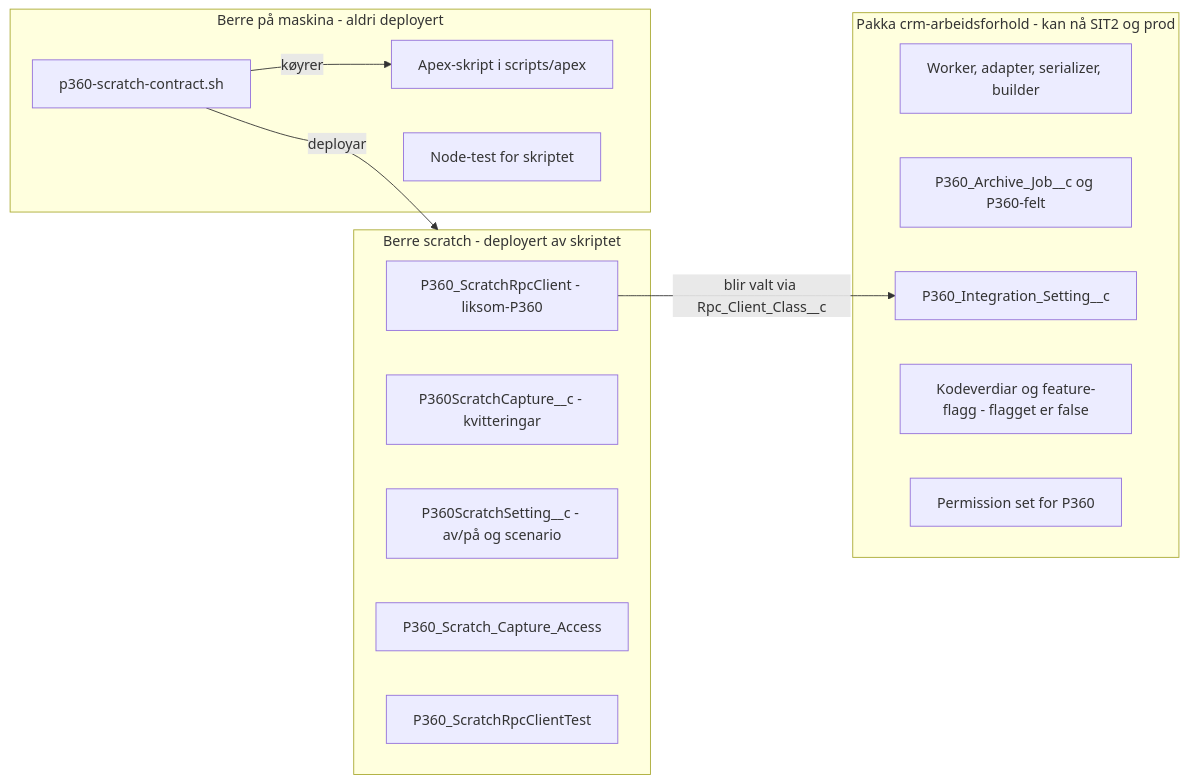
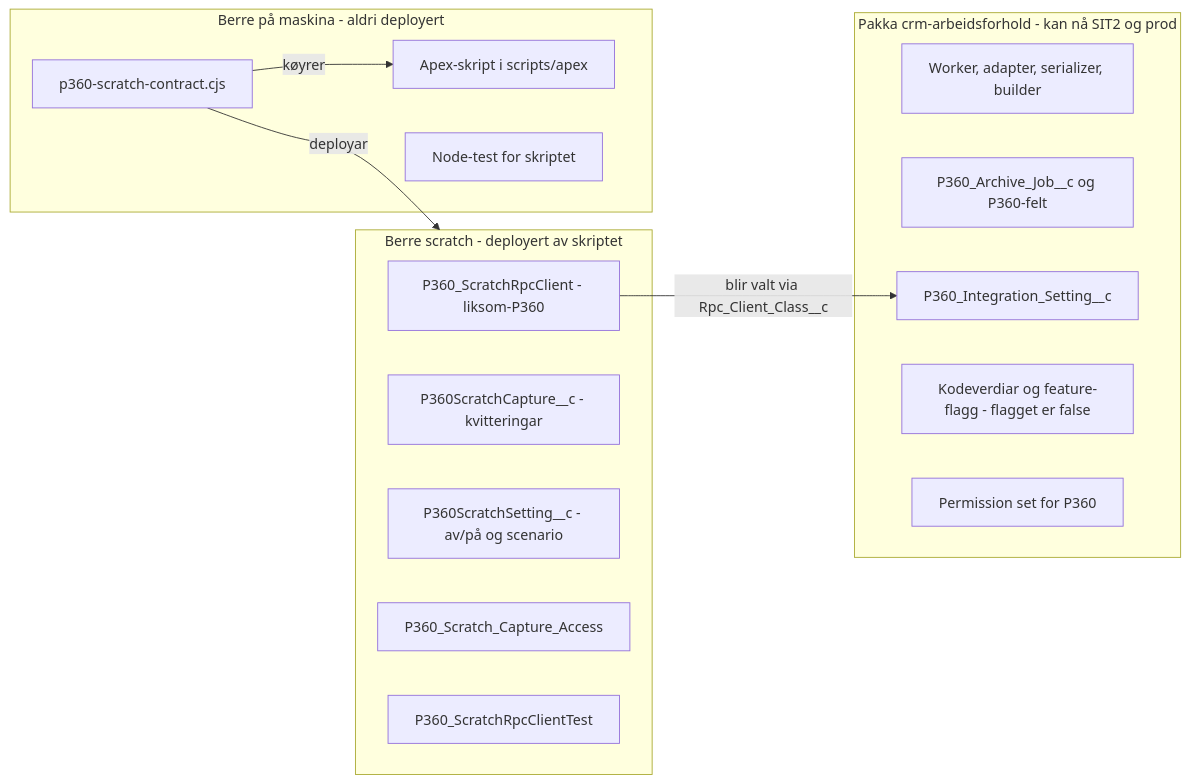
The second of 3 diagrams in docs/integrations/p360/scratch-brukarguide.md (navikt/crm-arbeidsforhold), drawn with Mermaid before and after one commit. The commit also changed other lines of this file and 7 other files, not shown here.

First line of the commit message:
Refactor P360 scratch contract testing and deployment scripts

````diff
--- a/docs/integrations/p360/scratch-brukarguide.md
+++ b/docs/integrations/p360/scratch-brukarguide.md
@@ -130,25 +149,25 @@
 ```mermaid
 flowchart LR
     subgraph Pakke["Pakka crm-arbeidsforhold - kan nå SIT2 og prod"]
         P1["Worker, adapter, serializer, builder"]
         P2["P360_Archive_Job__c og P360-felt"]
         P3["P360_Integration_Setting__c"]
         P4["Kodeverdiar og feature-flagg - flagget er false"]
         P5["Permission set for P360"]
     end
     subgraph Scratch["Berre scratch - deployert av skriptet"]
         S1["P360_ScratchRpcClient - liksom-P360"]
         S2["P360ScratchCapture__c - kvitteringar"]
         S3["P360ScratchSetting__c - av/på og scenario"]
         S4["P360_Scratch_Capture_Access"]
         S5["P360_ScratchRpcClientTest"]
     end
     subgraph Lokalt["Berre på maskina - aldri deployert"]
-        L1["p360-scratch-contract.sh"]
+        L1["p360-scratch-contract.cjs"]
         L2["Apex-skript i scripts/apex"]
         L3["Node-test for skriptet"]
     end
     L1 -->|"deployar"| Scratch
     L1 -->|"køyrer"| L2
     S1 -->|"blir valt via Rpc_Client_Class__c"| P3
 ```
````
